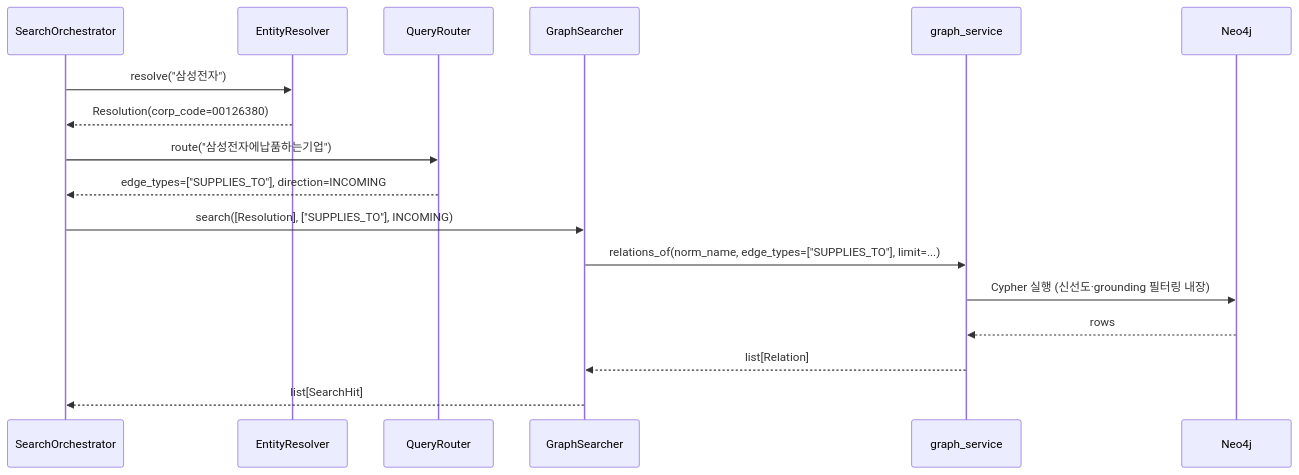
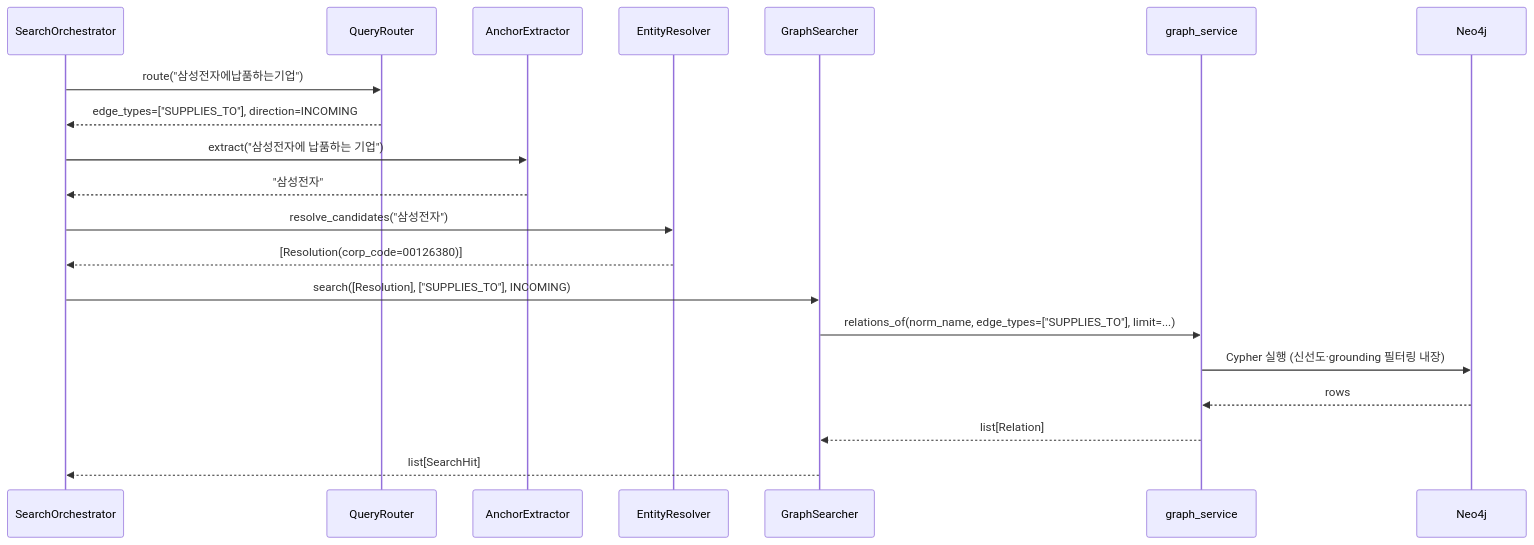
One commit to Biz-Node/BizNode-AI-Data changed the second of 2 diagrams in BizNode_Search_Layer_설계.md. Above: the diagram before and after it, drawn with Mermaid. The commit also changed other lines of this file and 3 other files, not shown here.

````diff
--- a/BizNode_Search_Layer_설계.md
+++ b/BizNode_Search_Layer_설계.md
@@ -73,20 +80,23 @@
 ```mermaid
 sequenceDiagram
     participant Orch as SearchOrchestrator
+    participant QR as QueryRouter
+    participant AE as AnchorExtractor
     participant ER as EntityResolver
-    participant QR as QueryRouter
     participant GS as GraphSearcher
     participant SVC as graph_service
     participant N4J as Neo4j
 
-    Orch->>ER: resolve("삼성전자")
-    ER-->>Orch: Resolution(corp_code=00126380)
     Orch->>QR: route("삼성전자에납품하는기업")
     QR-->>Orch: edge_types=["SUPPLIES_TO"], direction=INCOMING
+    Orch->>AE: extract("삼성전자에 납품하는 기업")
+    AE-->>Orch: "삼성전자"
+    Orch->>ER: resolve_candidates("삼성전자")
+    ER-->>Orch: [Resolution(corp_code=00126380)]
     Orch->>GS: search([Resolution], ["SUPPLIES_TO"], INCOMING)
     GS->>SVC: relations_of(norm_name, edge_types=["SUPPLIES_TO"], limit=...)
     SVC->>N4J: Cypher 실행 (신선도·grounding 필터링 내장)
     N4J-->>SVC: rows
     SVC-->>GS: list[Relation]
     GS-->>Orch: list[SearchHit]
 ```
````
